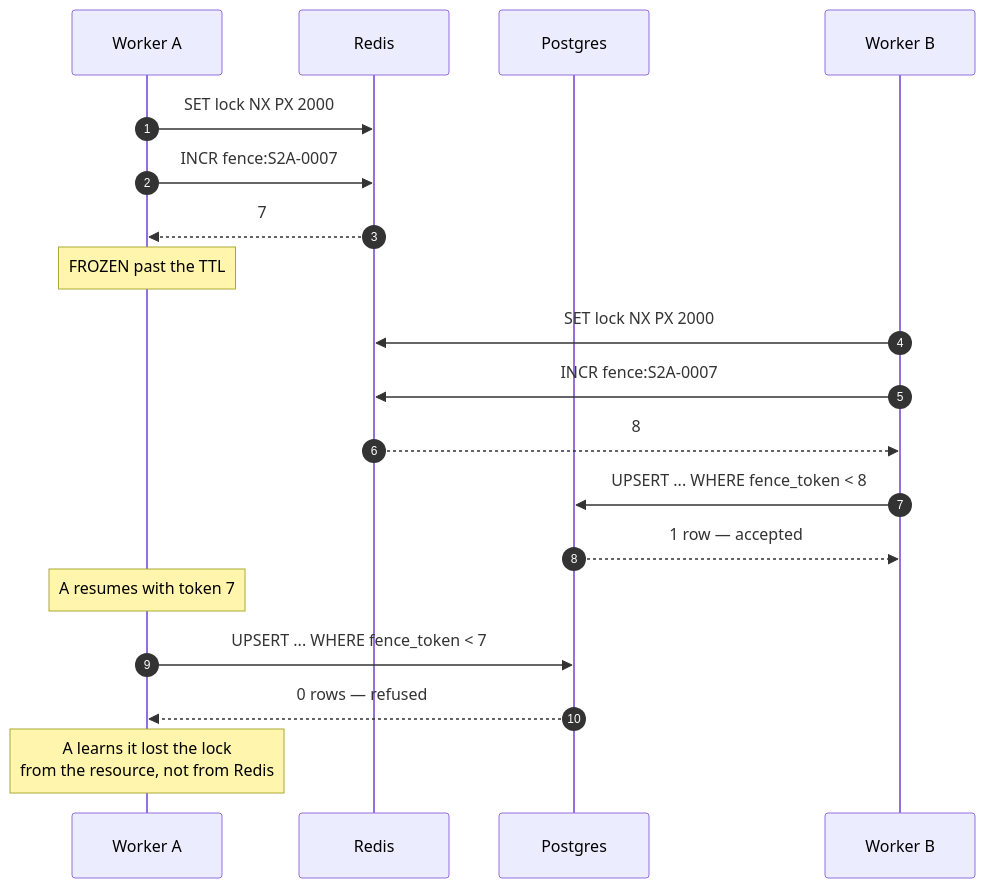
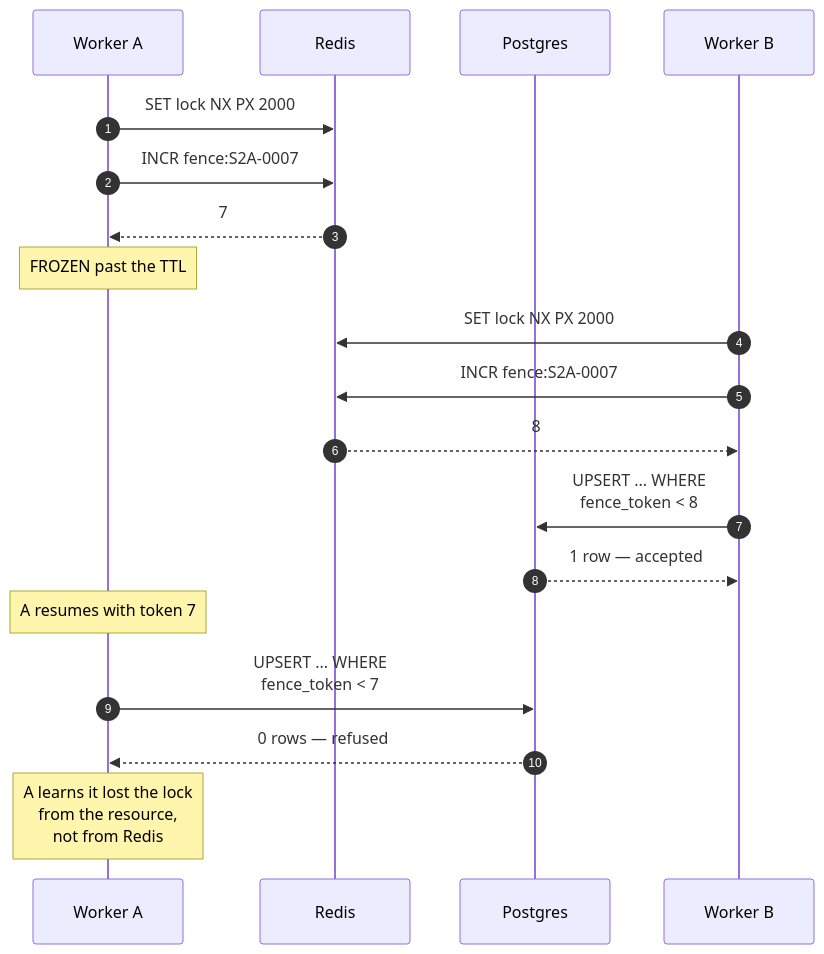
The diagram in markdown/system-design-interview/assets/003/04-fence.mmd (haraGADygyl/medium-python-articles), drawn with Mermaid before and after one commit. The commit also changed 69 other files, not shown here.

First line of the commit message:
feat: backfill system-design-interview 000-009 diagrams in the house style

```diff
--- a/markdown/system-design-interview/assets/003/04-fence.mmd
+++ b/markdown/system-design-interview/assets/003/04-fence.mmd
@@ -1,19 +1,19 @@
 sequenceDiagram
     autonumber
     participant A as Worker A
     participant R as Redis
     participant DB as Postgres
     participant B as Worker B
     A->>R: SET lock NX PX 2000
     A->>R: INCR fence:S2A-0007
     R-->>A: 7
     Note over A: FROZEN past the TTL
     B->>R: SET lock NX PX 2000
     B->>R: INCR fence:S2A-0007
     R-->>B: 8
-    B->>DB: UPSERT ... WHERE fence_token < 8
+    B->>DB: UPSERT ... WHERE<br/>fence_token < 8
     DB-->>B: 1 row — accepted
     Note over A: A resumes with token 7
-    A->>DB: UPSERT ... WHERE fence_token < 7
+    A->>DB: UPSERT ... WHERE<br/>fence_token < 7
     DB-->>A: 0 rows — refused
-    Note over A: A learns it lost the lock<br/>from the resource, not from Redis
+    Note over A: A learns it lost the lock<br/>from the resource,<br/>not from Redis
```
